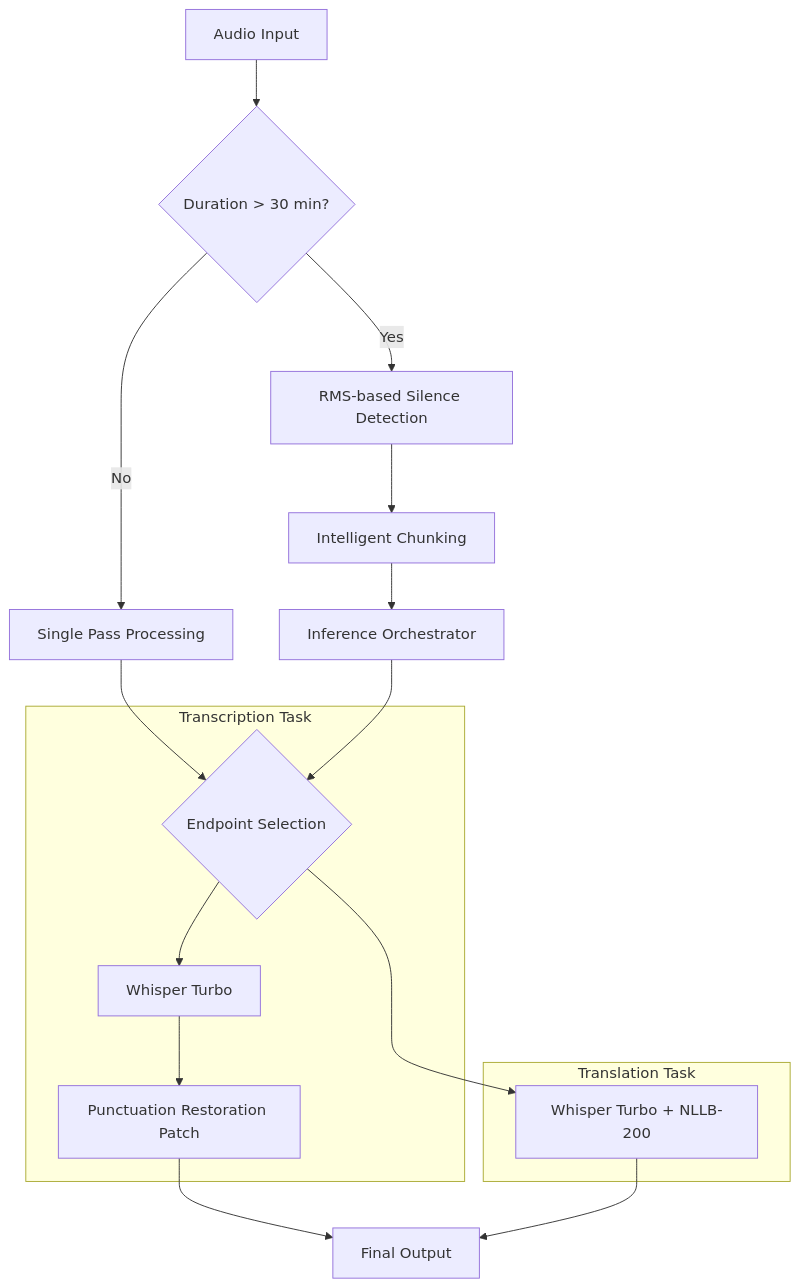
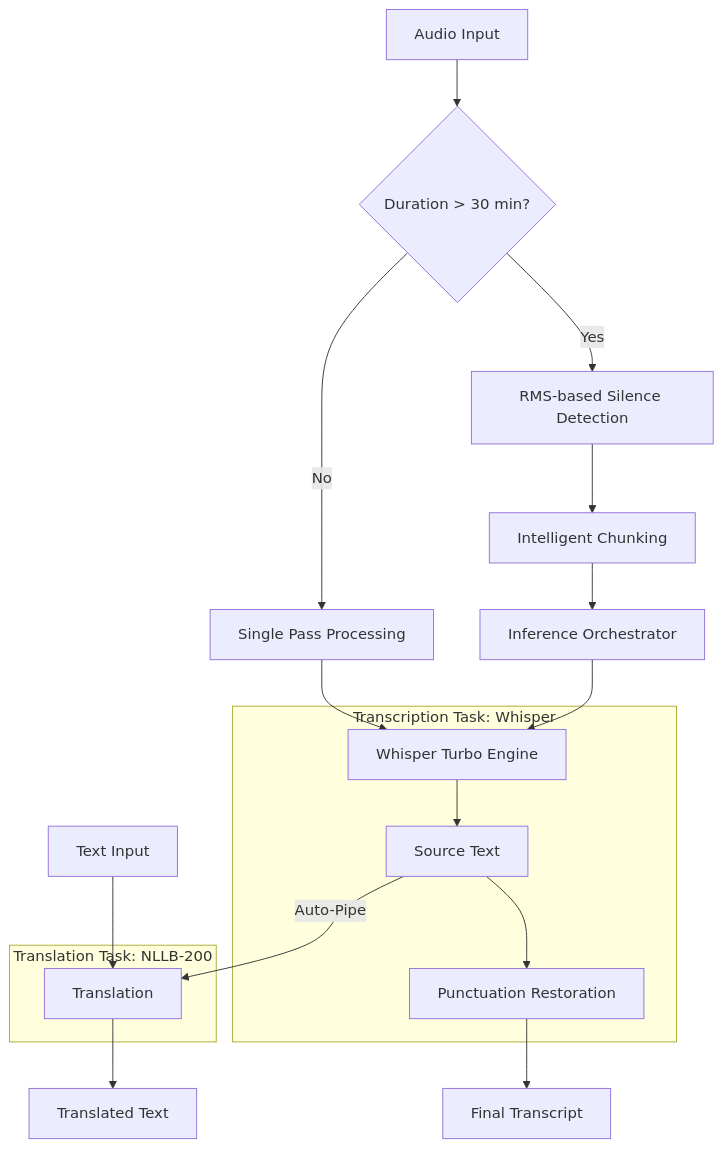
Before and after one commit to S-Olmi/whisper-audio-to-txt: the diagram in README.md, drawn with Mermaid. The commit also changed other lines of this file and 1 other file, not shown here.

Commit message:
refactor: unified translation endpoint to support multimodal input

````diff
--- a/README.md
+++ b/README.md
@@ -10,25 +10,33 @@
 ```mermaid
 graph TD
-    A[Audio Input] --> B{Duration > 30 min?}
-    
+    %% Entry Points
+    In1[Audio Input] --> B{Duration > 30 min?}
+    In2[Text Input] --> MT_Proc
+
+    %% Audio Processing Layer
     B -->|No| C[Single Pass Processing]
     B -->|Yes| D[RMS-based Silence Detection]
-    
     D --> E[Intelligent Chunking]
     E --> F[Inference Orchestrator]
     
-    C --> G{Endpoint Selection}
+    C --> G[Whisper Turbo Engine]
     F --> G
     
-    subgraph ASR [Transcription Task]
-        G --> H[Whisper Turbo]
-        H --> J[Punctuation Restoration Patch]
+    %% Decision Node
+    G --> ASR_Out[Source Text]
+    
+    %% Transition to Translation
+    ASR_Out -->|Auto-Pipe| MT_Proc
+    
+    subgraph MT [Translation Task: NLLB-200]
+        MT_Proc[Translation]
     end
     
-    subgraph MT [Translation Task]
-        G --> I[Whisper Turbo + NLLB-200]
+    subgraph ASR [Transcription Task: Whisper]
+        G
+        ASR_Out --> J[Punctuation Restoration]
     end
     
-    J --> K[Final Output]
-    I --> K
+    J --> Out1[Final Transcript]
+    MT_Proc --> Out2[Translated Text]
 ```
````
